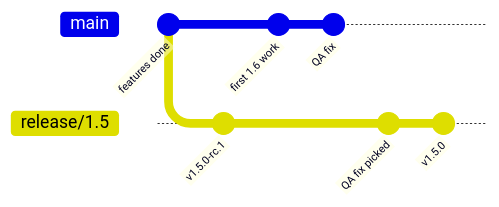
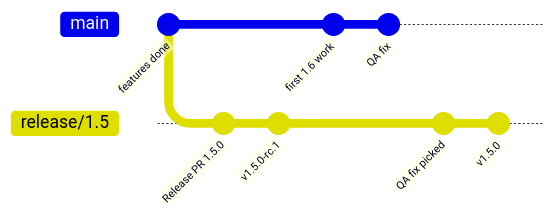
Before and after one commit to igrbesa/Release-versioning-options: the eighth of 12 diagrams in DEVELOPER_GUIDE.md, drawn with Mermaid. The commit also changed other lines of this file and 2 other files, not shown here.

First line of the commit message:
Document cut-to-final release flow and GHCR RC image promotion.

````diff
--- a/DEVELOPER_GUIDE.md
+++ b/DEVELOPER_GUIDE.md
@@ -594,13 +681,14 @@
 ```mermaid
 gitGraph
     commit id: "features done"
     branch "release/1.5"
     checkout "release/1.5"
+    commit id: "Release PR 1.5.0"
     commit id: "v1.5.0-rc.1"
     checkout main
     commit id: "first 1.6 work"
     commit id: "QA fix"
     checkout "release/1.5"
     commit id: "QA fix picked"
     commit id: "v1.5.0"
 ```
````
